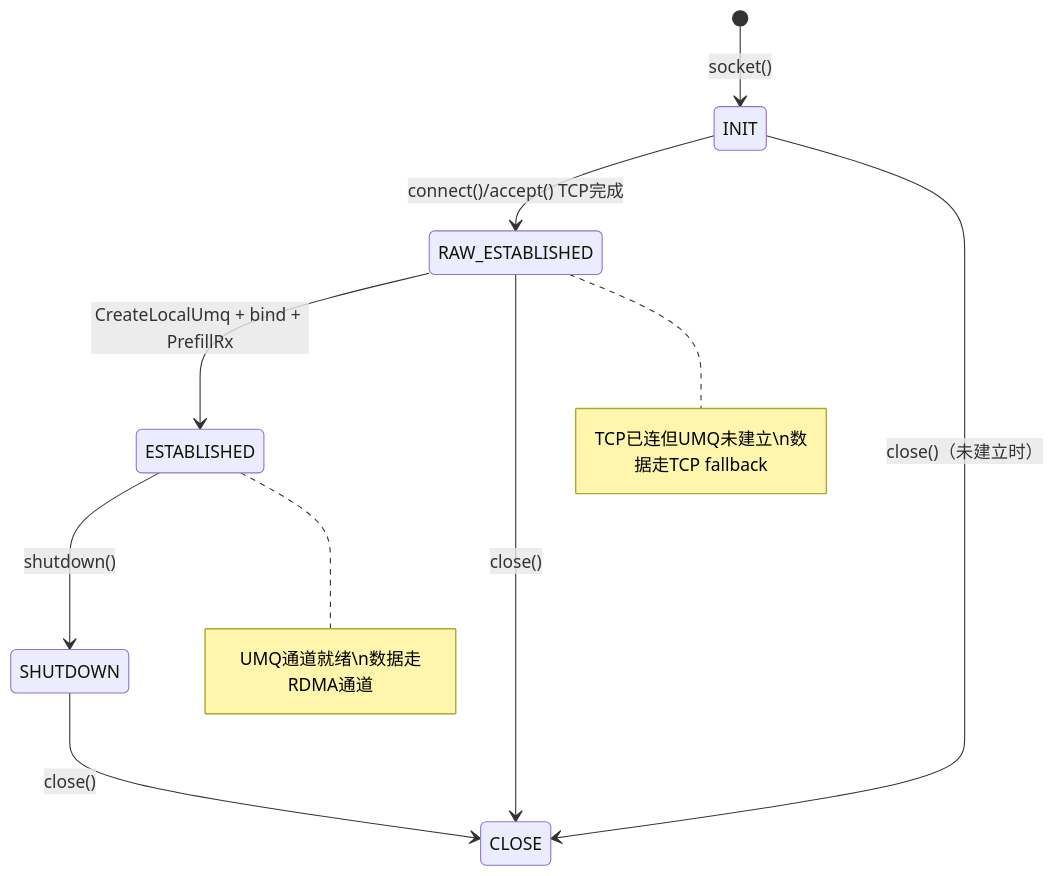
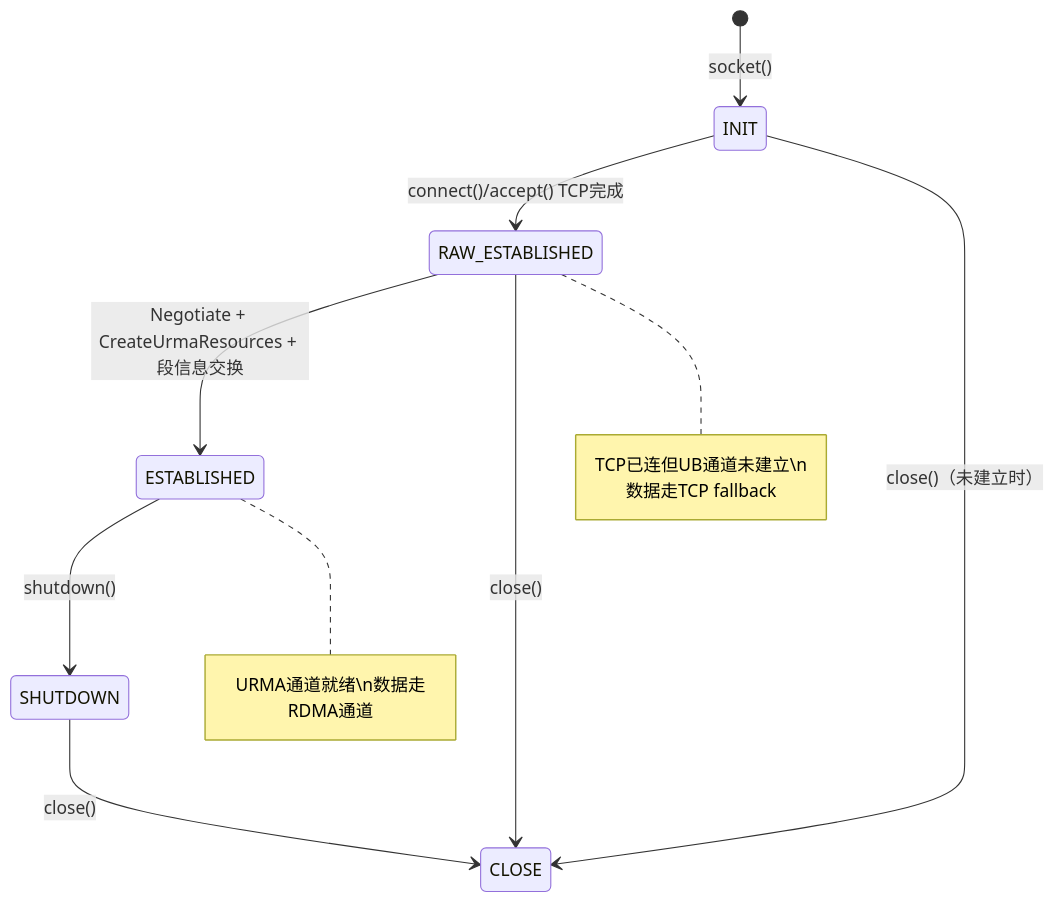
Before and after one commit to openeuler-mirror/ubs-comm: the third of 17 diagrams in doc/ubsocket/UBSOCKET-ARCHITECTURE.ch.md, drawn with Mermaid. The commit also changed other lines of this file and 13 other files, not shown here.

````diff
--- a/doc/ubsocket/UBSOCKET-ARCHITECTURE.ch.md
+++ b/doc/ubsocket/UBSOCKET-ARCHITECTURE.ch.md
@@ -226,13 +197,13 @@
 ```mermaid
 stateDiagram-v2
     [*] --> INIT : socket()
     INIT --> RAW_ESTABLISHED : connect()/accept() TCP完成
-    RAW_ESTABLISHED --> ESTABLISHED : CreateLocalUmq + bind + PrefillRx
+    RAW_ESTABLISHED --> ESTABLISHED : Negotiate + CreateUrmaResources + 段信息交换
     ESTABLISHED --> SHUTDOWN : shutdown()
     SHUTDOWN --> CLOSE : close()
     INIT --> CLOSE : close()（未建立时）
     RAW_ESTABLISHED --> CLOSE : close()
 
-    note right of RAW_ESTABLISHED : TCP已连但UMQ未建立\n数据走TCP fallback
-    note right of ESTABLISHED : UMQ通道就绪\n数据走RDMA通道
+    note right of RAW_ESTABLISHED : TCP已连但UB通道未建立\n数据走TCP fallback
+    note right of ESTABLISHED : URMA通道就绪\n数据走RDMA通道
 ```
````
